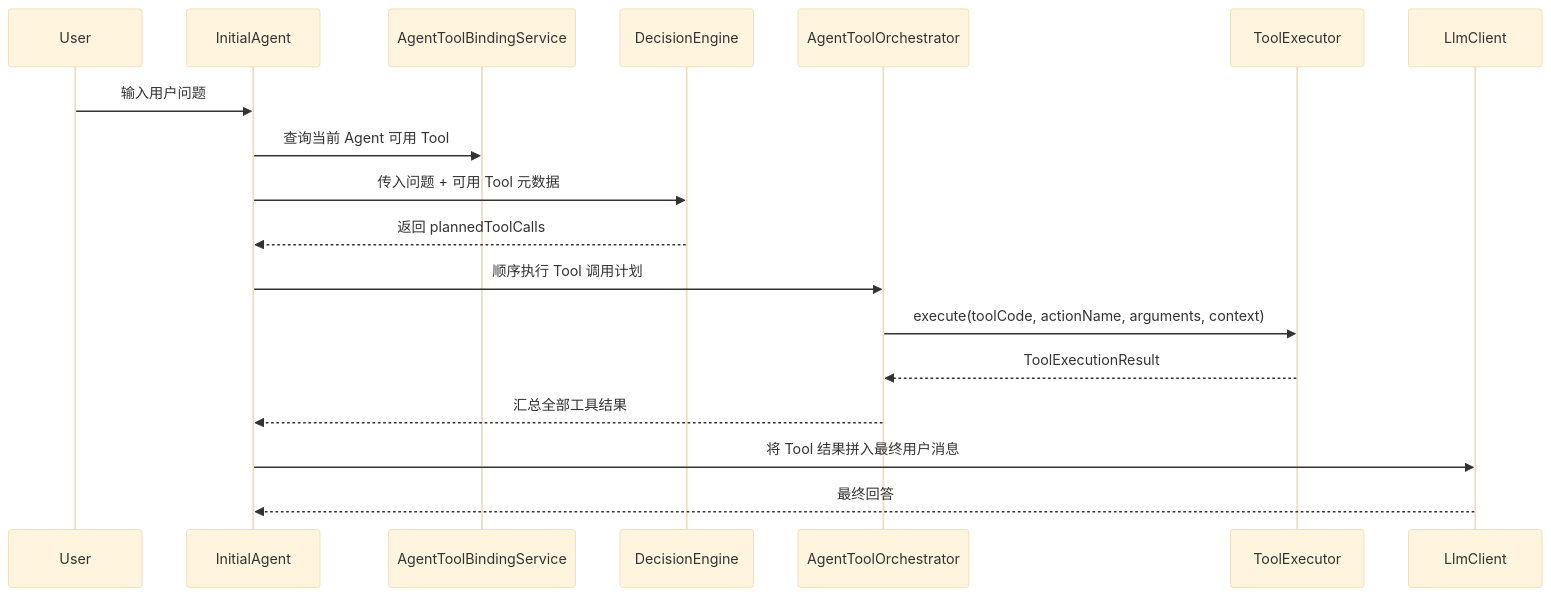
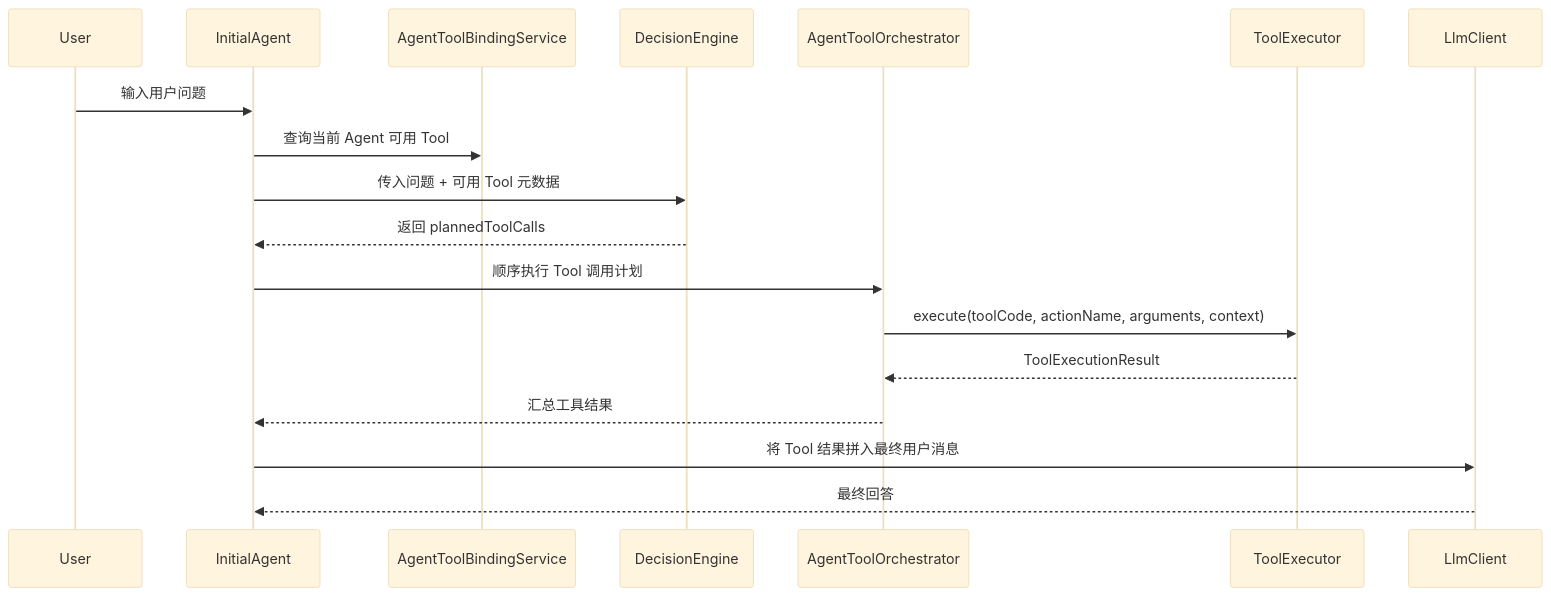
One commit to aa2386/smartcrew-agent changed the second of 2 diagrams in docs/technical-docs/TOOL_SYSTEM_ARCHITECTURE.md. Above: the diagram before and after it, drawn with Mermaid (base theme). The commit also changed other lines of this file and 21 other files, not shown here.

````diff
--- a/docs/technical-docs/TOOL_SYSTEM_ARCHITECTURE.md
+++ b/docs/technical-docs/TOOL_SYSTEM_ARCHITECTURE.md
@@ -242,21 +197,21 @@
 ```mermaid
 sequenceDiagram
     participant U as User
     participant A as InitialAgent
     participant B as AgentToolBindingService
     participant D as DecisionEngine
     participant O as AgentToolOrchestrator
     participant T as ToolExecutor
     participant L as LlmClient
 
     U->>A: 输入用户问题
     A->>B: 查询当前 Agent 可用 Tool
     A->>D: 传入问题 + 可用 Tool 元数据
     D-->>A: 返回 plannedToolCalls
     A->>O: 顺序执行 Tool 调用计划
     O->>T: execute(toolCode, actionName, arguments, context)
     T-->>O: ToolExecutionResult
-    O-->>A: 汇总全部工具结果
+    O-->>A: 汇总工具结果
     A->>L: 将 Tool 结果拼入最终用户消息
     L-->>A: 最终回答
 ```
````
